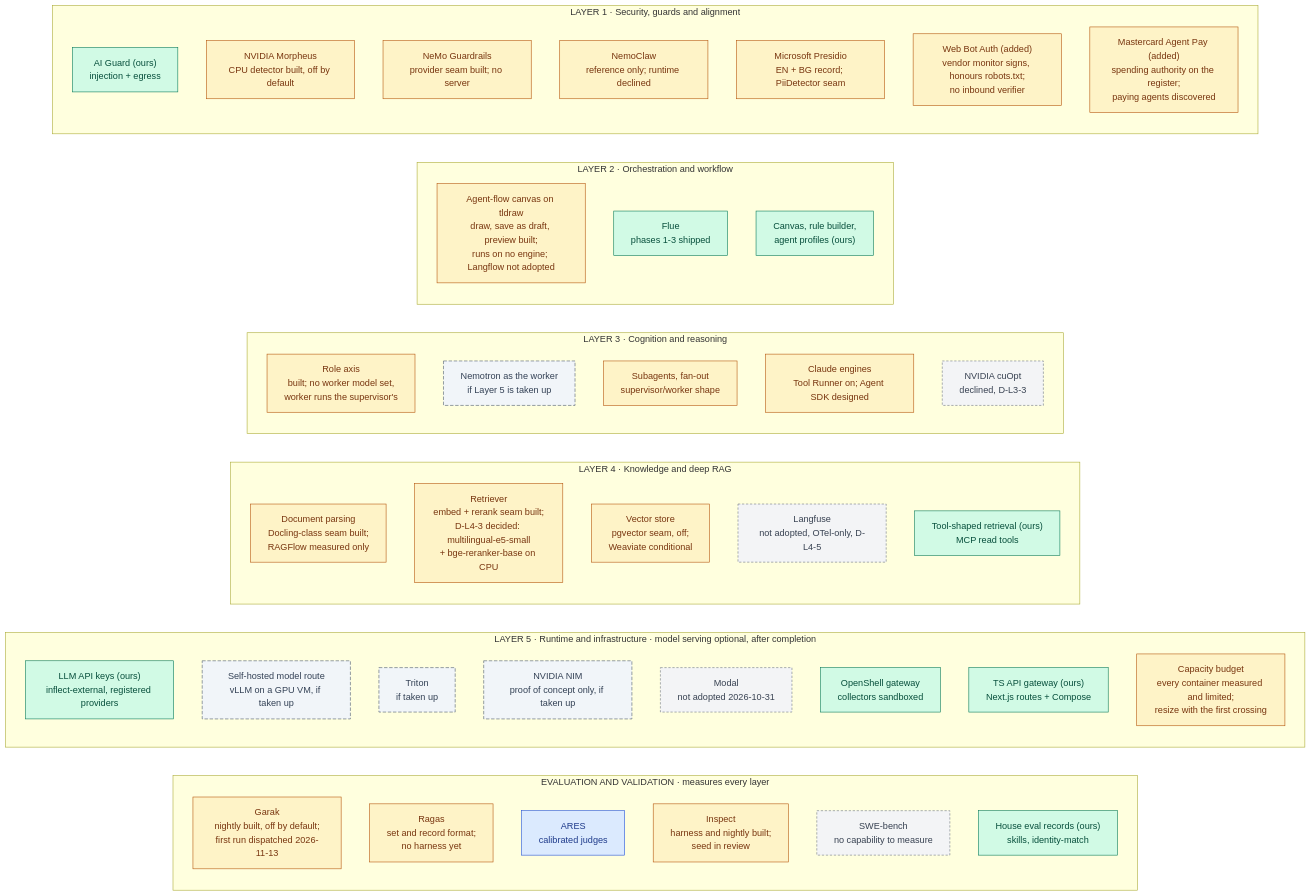
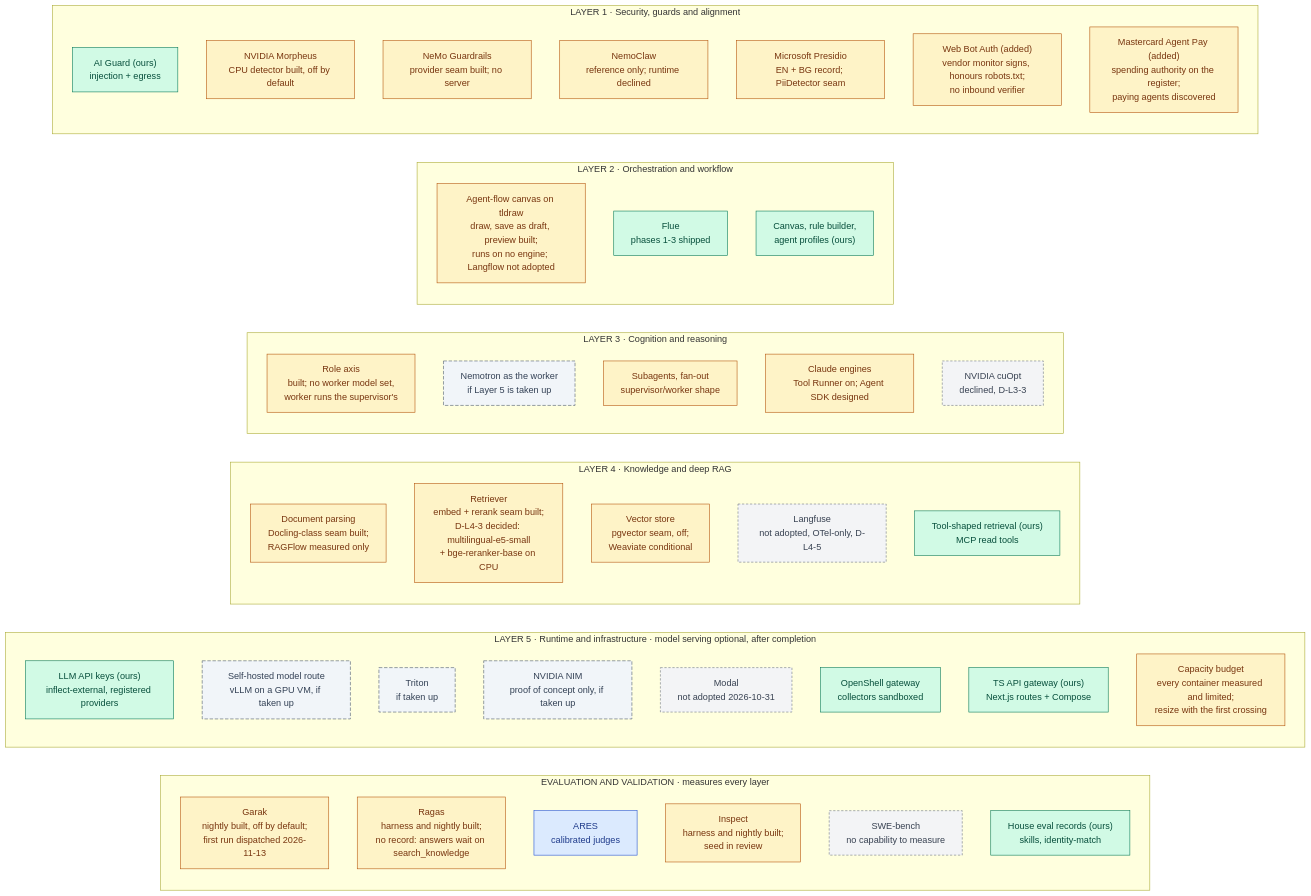
Before and after one commit to RodnaPamet/inflect-compliance: the first of 5 diagrams in docs/ai-architecture-roadmap.md, drawn with Mermaid. The commit also changed other lines of this file and 38 other files, not shown here.

First line of the commit message:
feat(evals): Ragas Phase 1 — the RAG eval harness, D-L4-9's retrieval figures and the rag-eval nightly

````diff
--- a/docs/ai-architecture-roadmap.md
+++ b/docs/ai-architecture-roadmap.md
@@ -63,66 +63,66 @@
 ```mermaid
 flowchart LR
   subgraph EV["EVALUATION AND VALIDATION · measures every layer"]
     direction TB
     GA["Garak<br/>nightly built, off by default;<br/>first run dispatched 2026-11-13"]:::partial
-    RA["Ragas<br/>set and record format;<br/>no harness yet"]:::partial
+    RA["Ragas<br/>harness and nightly built;<br/>no record: answers wait on search_knowledge"]:::partial
     AR["ARES<br/>calibrated judges"]:::todo
     IS["Inspect<br/>harness and nightly built;<br/>seed in review"]:::partial
     SB["SWE-bench<br/>no capability to measure"]:::declined
     HR["House eval records (ours)<br/>skills, identity-match"]:::done
   end
 
   subgraph L5["LAYER 5 · Runtime and infrastructure · model serving optional, after completion"]
     direction TB
     API["LLM API keys (ours)<br/>inflect-external, registered providers"]:::done
     MD["Self-hosted model route<br/>vLLM on a GPU VM, if taken up"]:::optional
     TT["Triton<br/>if taken up"]:::optional
     NIM["NVIDIA NIM<br/>proof of concept only, if taken up"]:::optional
     MO5["Modal<br/>not adopted 2026-10-31"]:::declined
     OS["OpenShell gateway<br/>collectors sandboxed"]:::done
     GW["TS API gateway (ours)<br/>Next.js routes + Compose"]:::done
     CAP["Capacity budget<br/>every container measured and limited;<br/>resize with the first crossing"]:::partial
   end
 
   subgraph L4["LAYER 4 · Knowledge and deep RAG"]
     direction TB
     RF["Document parsing<br/>Docling-class seam built;<br/>RAGFlow measured only"]:::partial
     RT["Retriever<br/>embed + rerank seam built;<br/>D-L4-3 decided: multilingual-e5-small<br/>+ bge-reranker-base on CPU"]:::partial
     WV["Vector store<br/>pgvector seam, off;<br/>Weaviate conditional"]:::partial
     LU["Langfuse<br/>not adopted, OTel-only, D-L4-5"]:::declined
     TR["Tool-shaped retrieval (ours)<br/>MCP read tools"]:::done
   end
 
   subgraph L3["LAYER 3 · Cognition and reasoning"]
     direction TB
     NR["Role axis<br/>built; no worker model set,<br/>worker runs the supervisor's"]:::partial
     NW["Nemotron as the worker<br/>if Layer 5 is taken up"]:::optional
     SW["Subagents, fan-out<br/>supervisor/worker shape"]:::partial
     CL["Claude engines<br/>Tool Runner on; Agent SDK designed"]:::partial
     CO["NVIDIA cuOpt<br/>declined, D-L3-3"]:::declined
   end
 
   subgraph L2["LAYER 2 · Orchestration and workflow"]
     direction TB
     LF["Agent-flow canvas on tldraw<br/>draw, save as draft, preview built;<br/>runs on no engine; Langflow not adopted"]:::partial
     FL["Flue<br/>phases 1-3 shipped"]:::done
     CV["Canvas, rule builder,<br/>agent profiles (ours)"]:::done
   end
 
   subgraph L1["LAYER 1 · Security, guards and alignment"]
     direction TB
     AG["AI Guard (ours)<br/>injection + egress"]:::done
     MO["NVIDIA Morpheus<br/>CPU detector built, off by default"]:::partial
     NG["NeMo Guardrails<br/>provider seam built; no server"]:::partial
     NC["NemoClaw<br/>reference only; runtime declined"]:::partial
     PR["Microsoft Presidio<br/>EN + BG record; PiiDetector seam"]:::partial
     WB["Web Bot Auth (added)<br/>vendor monitor signs, honours robots.txt;<br/>no inbound verifier"]:::partial
     MA["Mastercard Agent Pay (added)<br/>spending authority on the register;<br/>paying agents discovered"]:::partial
   end
 
   classDef done fill:#d1fae5,stroke:#047857,color:#064e3b
   classDef partial fill:#fef3c7,stroke:#b45309,color:#78350f
   classDef todo fill:#dbeafe,stroke:#1d4ed8,color:#1e3a8a
   classDef optional fill:#f1f5f9,stroke:#475569,color:#334155,stroke-dasharray:6 3
   classDef declined fill:#f3f4f6,stroke:#6b7280,color:#374151,stroke-dasharray:4 3
 ```
````
